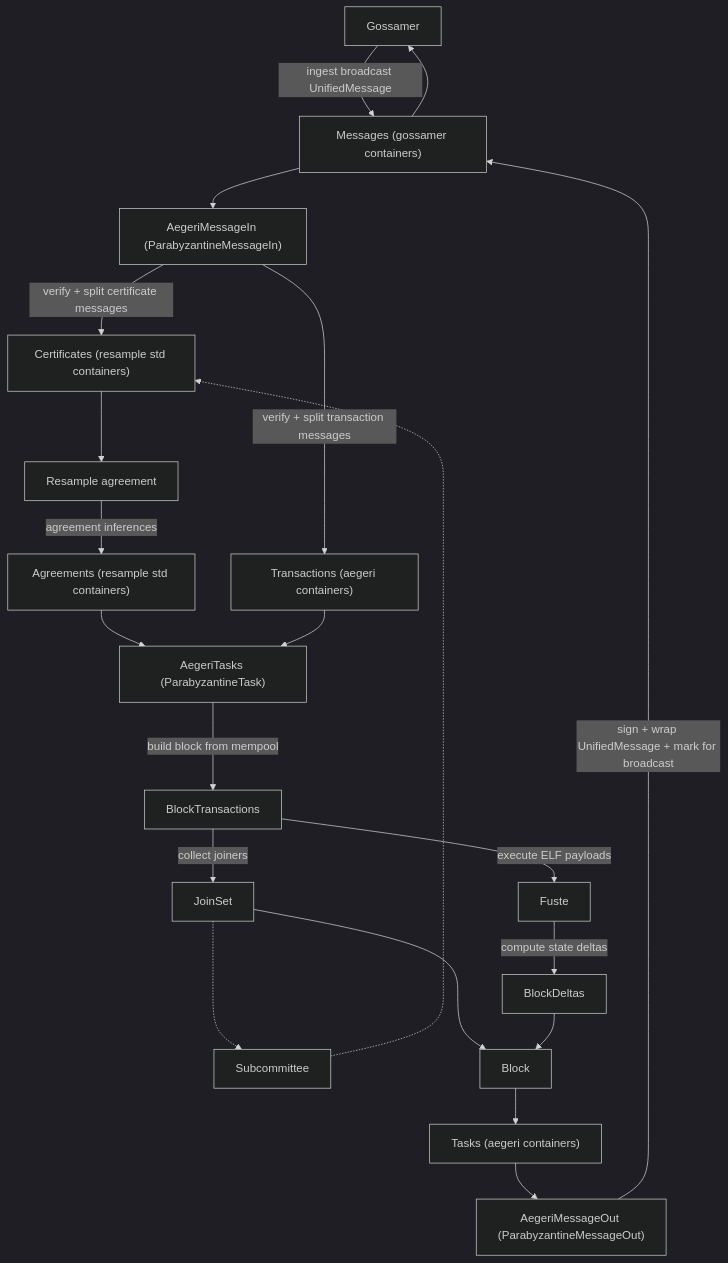
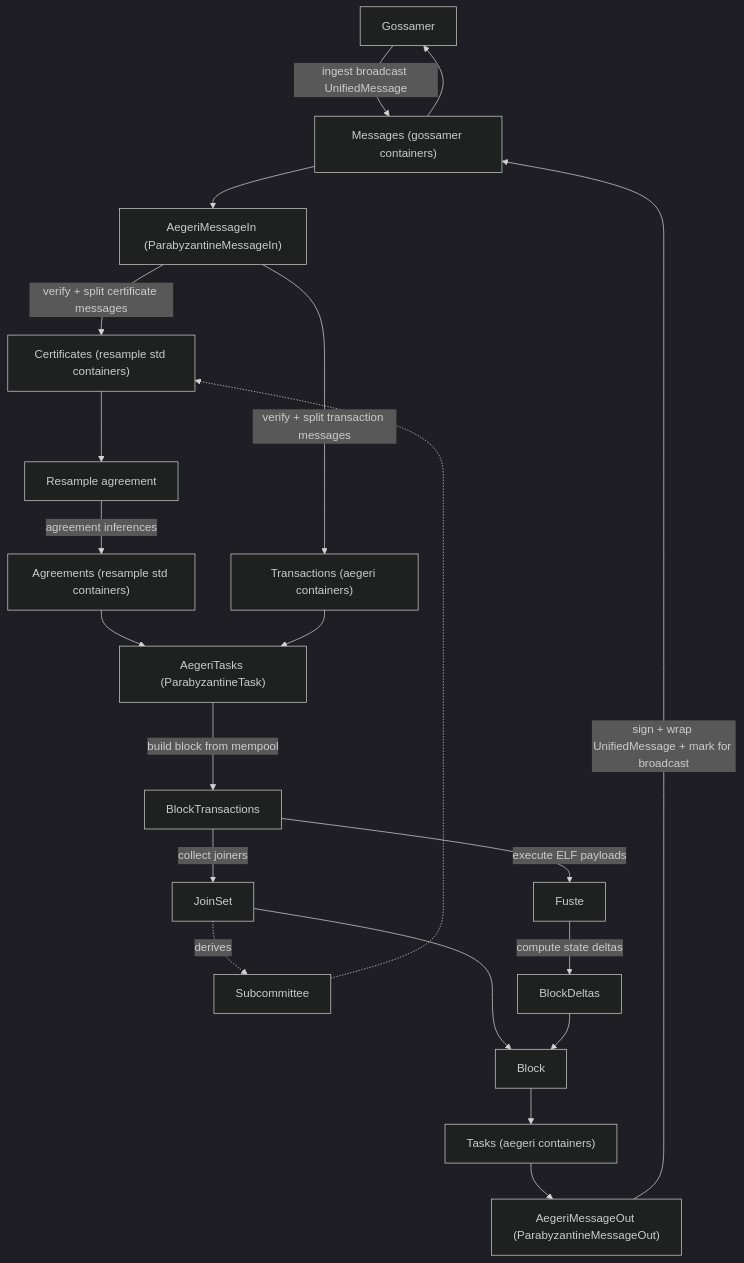
Before and after one commit to ramate-io/gwrdfa: the diagram in aegeri/process/README.md, drawn with Mermaid (dark theme).

Commit message:
chore: exlain what the join set is doing to the subcommittee.

````diff
--- a/aegeri/process/README.md
+++ b/aegeri/process/README.md
@@ -24,29 +24,29 @@
 ```mermaid
 flowchart TB
     Gossamer["Gossamer"] -- "ingest broadcast UnifiedMessage" --> Messages["Messages (gossamer containers)"]
     Messages --> AMI["AegeriMessageIn (ParabyzantineMessageIn)"]
 
     AMI -- "verify + split certificate messages" --> Certificates["Certificates (resample std containers)"]
     AMI -- "verify + split transaction messages" --> Transactions["Transactions (aegeri containers)"]
 
     Sub["Subcommittee"]-..->Certificates
     Certificates --> Resample["Resample agreement"]
     Resample -- "agreement inferences" --> Agreements["Agreements (resample std containers)"]
 
     Agreements --> AT["AegeriTasks (ParabyzantineTask)"]
     Transactions --> AT
 
     AT -- "build block from mempool" --> BlockTx["BlockTransactions"]
     BlockTx -- "collect joiners" --> JoinSet["JoinSet"]
-    JoinSet-..->Sub
+    JoinSet-. "derives" .->Sub
     BlockTx -- "execute ELF payloads" --> Fuste["Fuste"]
     Fuste -- "compute state deltas" --> BlockDeltas["BlockDeltas"]
 
     JoinSet --> Block
     BlockDeltas --> Block["Block"]
 
     Block --> Tasks["Tasks (aegeri containers)"]
     Tasks --> AMO["AegeriMessageOut (ParabyzantineMessageOut)"]
     AMO -- "sign + wrap UnifiedMessage + mark for broadcast" --> Messages
     Messages --> Gossamer
 ```
````
